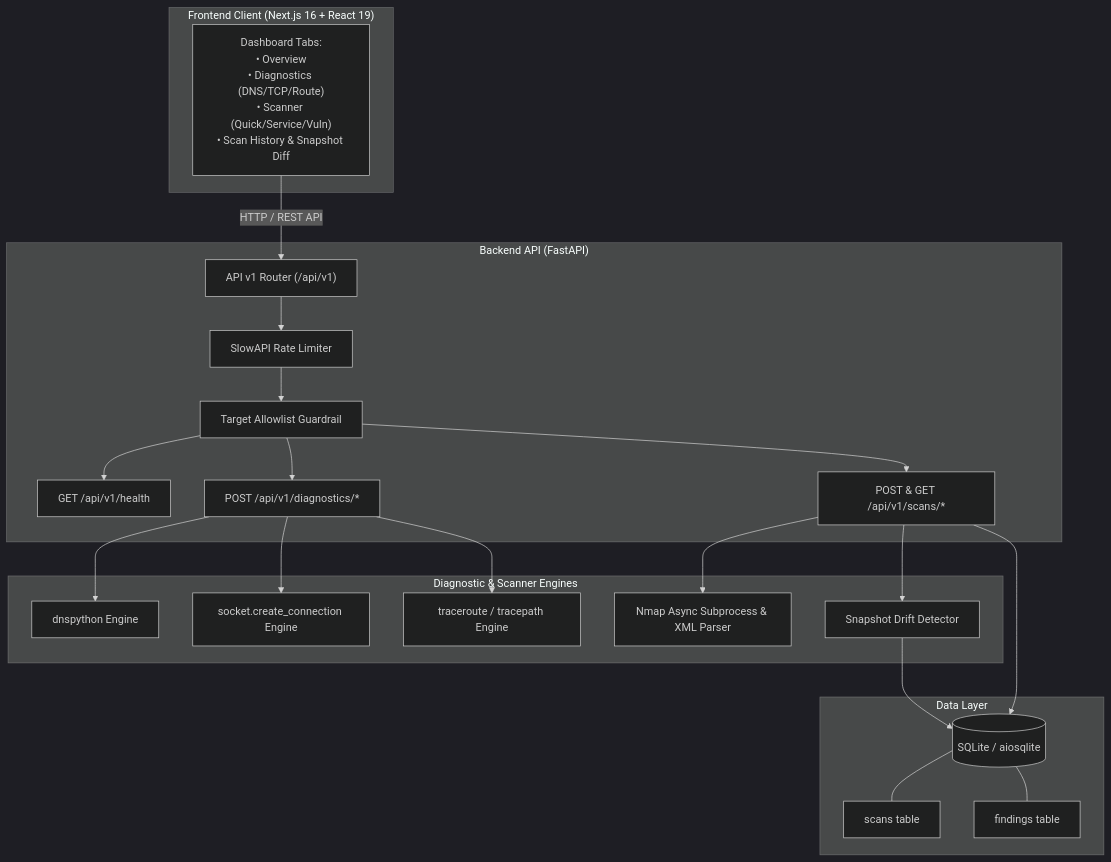
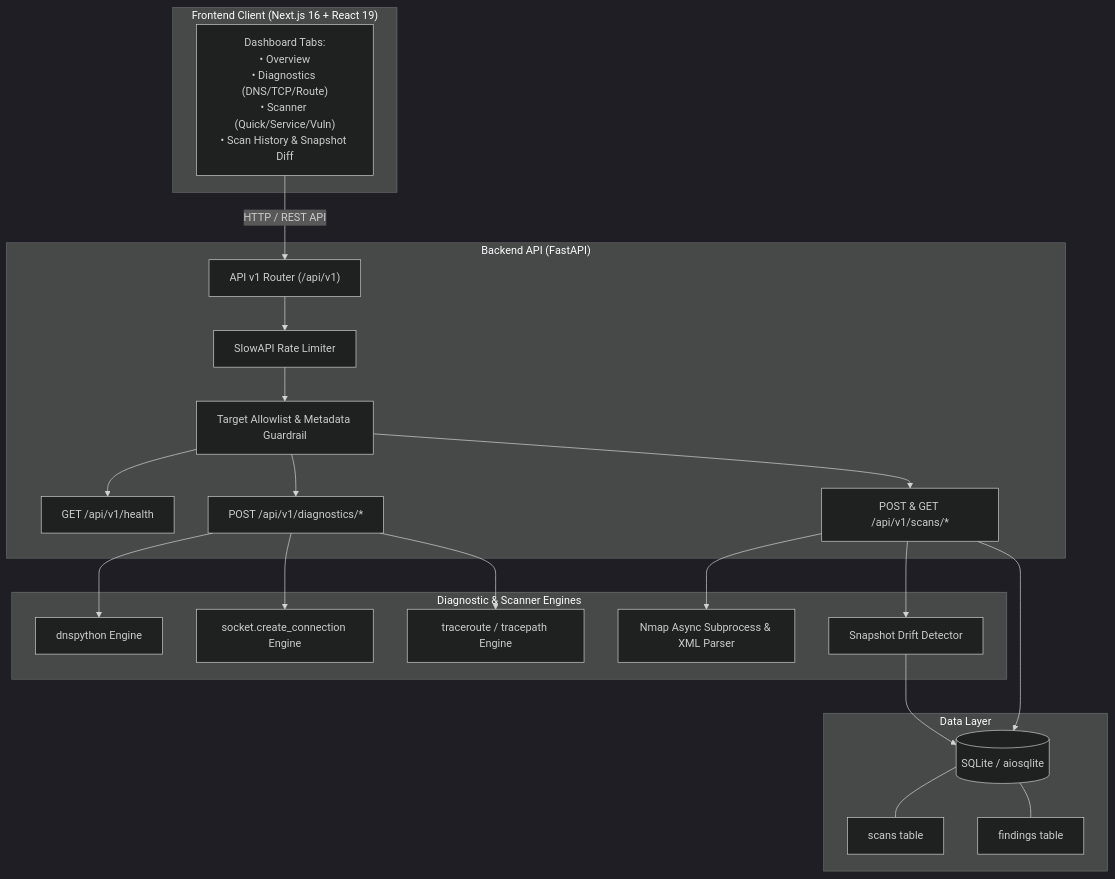
Before and after one commit to aryansinghshaktawat/NetDigno: the diagram in README.md, drawn with Mermaid (dark theme). The commit also changed other lines of this file and 6 other files, not shown here.

Commit message:
docs: clarify NetDigno platform architecture, security controls, and testing

````diff
--- a/README.md
+++ b/README.md
@@ -34,48 +34,48 @@
 ```mermaid
 flowchart TD
     subgraph Frontend["Frontend Client (Next.js 16 + React 19)"]
         UI["Dashboard Tabs:\n• Overview\n• Diagnostics (DNS/TCP/Route)\n• Scanner (Quick/Service/Vuln)\n• Scan History & Snapshot Diff"]
     end
 
     subgraph Backend["Backend API (FastAPI)"]
         Router["API v1 Router (/api/v1)"]
         Limiter["SlowAPI Rate Limiter"]
-        Allowlist["Target Allowlist Guardrail"]
+        Allowlist["Target Allowlist & Metadata Guardrail"]
         
         HealthEP["GET /api/v1/health"]
         DiagEP["POST /api/v1/diagnostics/*"]
         ScanEP["POST & GET /api/v1/scans/*"]
     end
 
     subgraph Engines["Diagnostic & Scanner Engines"]
         DNS["dnspython Engine"]
         TCP["socket.create_connection Engine"]
         Route["traceroute / tracepath Engine"]
         Nmap["Nmap Async Subprocess & XML Parser"]
         Diff["Snapshot Drift Detector"]
     end
 
     subgraph Storage["Data Layer"]
         DB[(SQLite / aiosqlite)]
         ScansTable["scans table"]
         FindingsTable["findings table"]
     end
 
     UI -->|"HTTP / REST API"| Router
     Router --> Limiter
     Limiter --> Allowlist
     Allowlist --> HealthEP
     Allowlist --> DiagEP
     Allowlist --> ScanEP
 
     DiagEP --> DNS
     DiagEP --> TCP
     DiagEP --> Route
     ScanEP --> Nmap
     ScanEP --> Diff
     ScanEP --> DB
     Diff --> DB
 
     DB --- ScansTable
     DB --- FindingsTable
 ```
````
